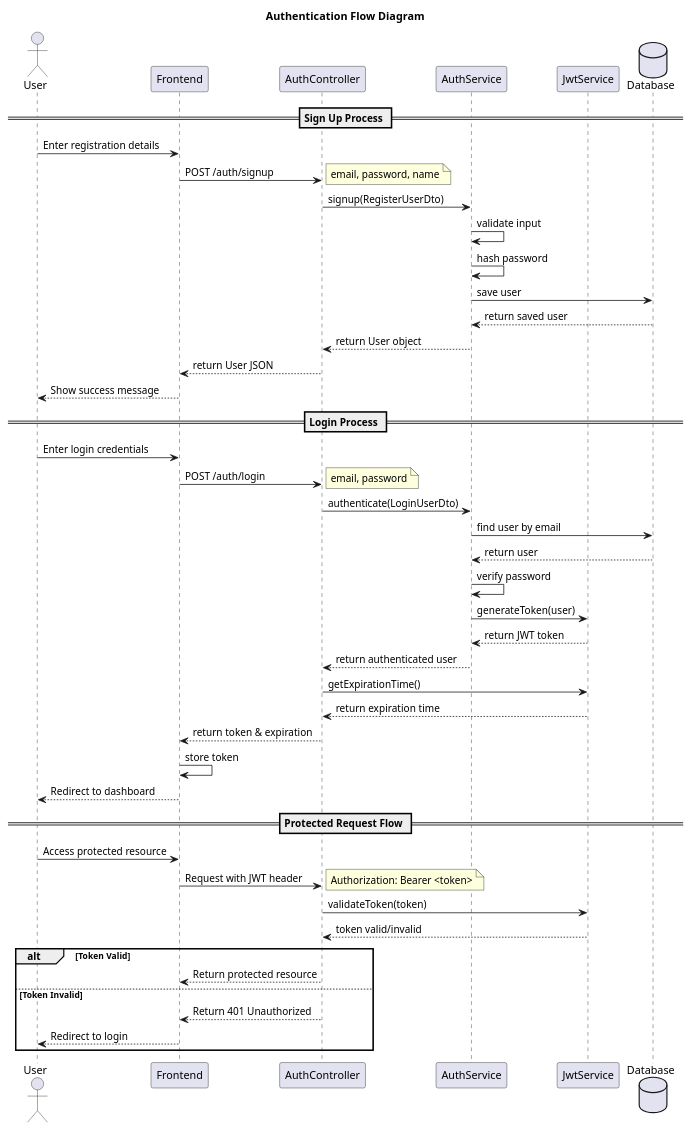
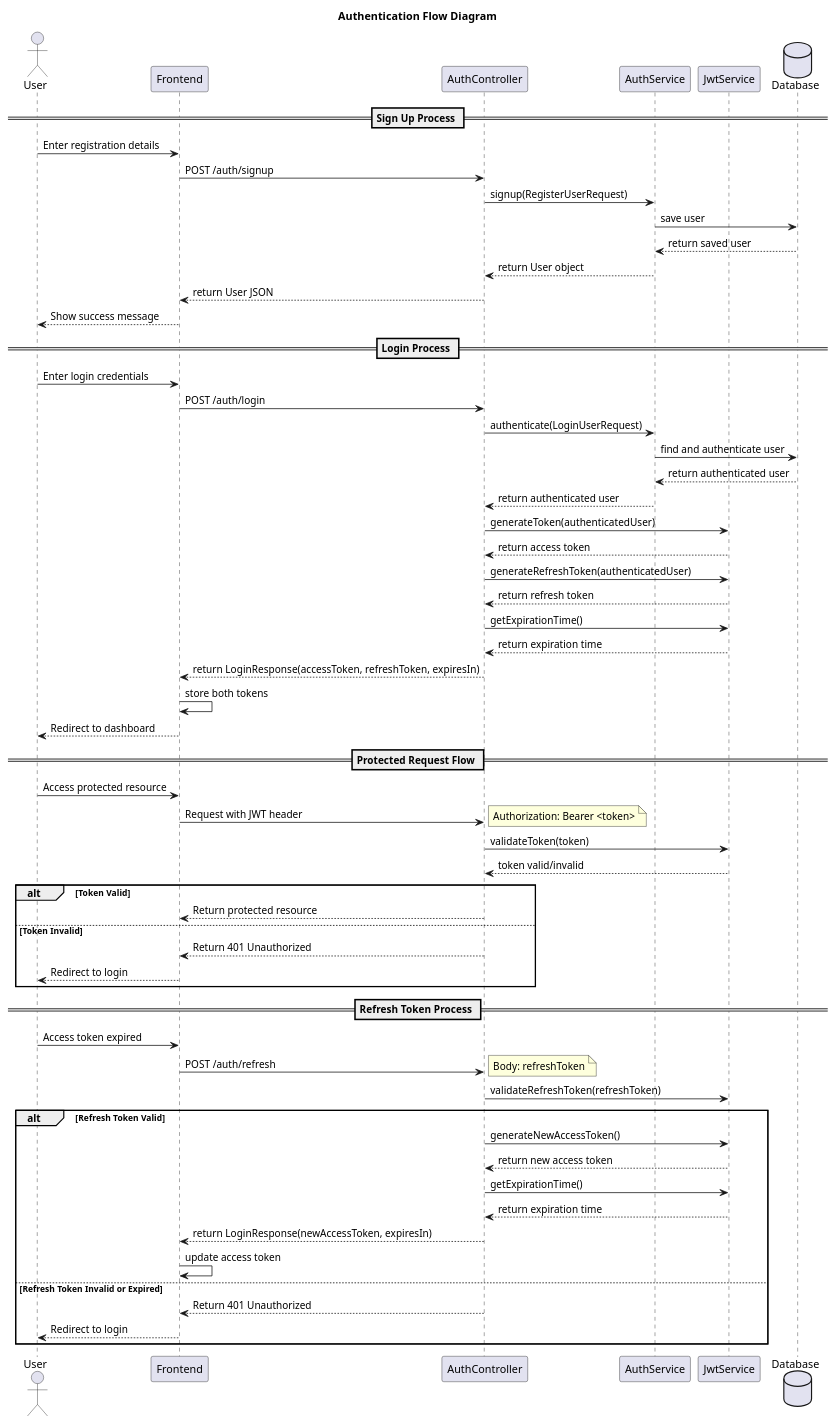
The diagram in docs/auth-flow.puml (batuhannoz/invest-track), drawn with PlantUML before and after one commit. The commit also changed 1 other file, not shown here.

Commit message:
Update auth docs

```diff
--- a/docs/auth-flow.puml
+++ b/docs/auth-flow.puml
@@ -1,54 +1,68 @@
 @startuml
 actor "User" as user
 participant "Frontend" as frontend
 participant "AuthController" as controller
 participant "AuthService" as service
 participant "JwtService" as jwt
 database "Database" as db
 
 title Authentication Flow Diagram
 
 == Sign Up Process ==
 user -> frontend: Enter registration details
 frontend -> controller: POST /auth/signup
-note right: email, password, name
-controller -> service: signup(RegisterUserDto)
-service -> service: validate input
-service -> service: hash password
+controller -> service: signup(RegisterUserRequest)
 service -> db: save user
 db --> service: return saved user
 service --> controller: return User object
 controller --> frontend: return User JSON
 frontend --> user: Show success message
 
 == Login Process ==
 user -> frontend: Enter login credentials
 frontend -> controller: POST /auth/login
-note right: email, password
-controller -> service: authenticate(LoginUserDto)
-service -> db: find user by email
-db --> service: return user
-service -> service: verify password
-service -> jwt: generateToken(user)
-jwt --> service: return JWT token
+controller -> service: authenticate(LoginUserRequest)
+service -> db: find and authenticate user
+db --> service: return authenticated user
 service --> controller: return authenticated user
+controller -> jwt: generateToken(authenticatedUser)
+jwt --> controller: return access token
+controller -> jwt: generateRefreshToken(authenticatedUser)
+jwt --> controller: return refresh token
 controller -> jwt: getExpirationTime()
 jwt --> controller: return expiration time
-controller --> frontend: return token & expiration
-frontend -> frontend: store token
+controller --> frontend: return LoginResponse(accessToken, refreshToken, expiresIn)
+frontend -> frontend: store both tokens
 frontend --> user: Redirect to dashboard
 
 == Protected Request Flow ==
 user -> frontend: Access protected resource
 frontend -> controller: Request with JWT header
 note right: Authorization: Bearer <token>
 controller -> jwt: validateToken(token)
 jwt --> controller: token valid/invalid
 alt Token Valid
     controller --> frontend: Return protected resource
 else Token Invalid
     controller --> frontend: Return 401 Unauthorized
     frontend --> user: Redirect to login
 end
 
+== Refresh Token Process ==
+user -> frontend: Access token expired
+frontend -> controller: POST /auth/refresh
+note right: Body: refreshToken
+controller -> jwt: validateRefreshToken(refreshToken)
+alt Refresh Token Valid
+    controller -> jwt: generateNewAccessToken()
+    jwt --> controller: return new access token
+    controller -> jwt: getExpirationTime()
+    jwt --> controller: return expiration time
+    controller --> frontend: return LoginResponse(newAccessToken, expiresIn)
+    frontend -> frontend: update access token
+else Refresh Token Invalid or Expired
+    controller --> frontend: Return 401 Unauthorized
+    frontend --> user: Redirect to login
+end
+
 @enduml
```
